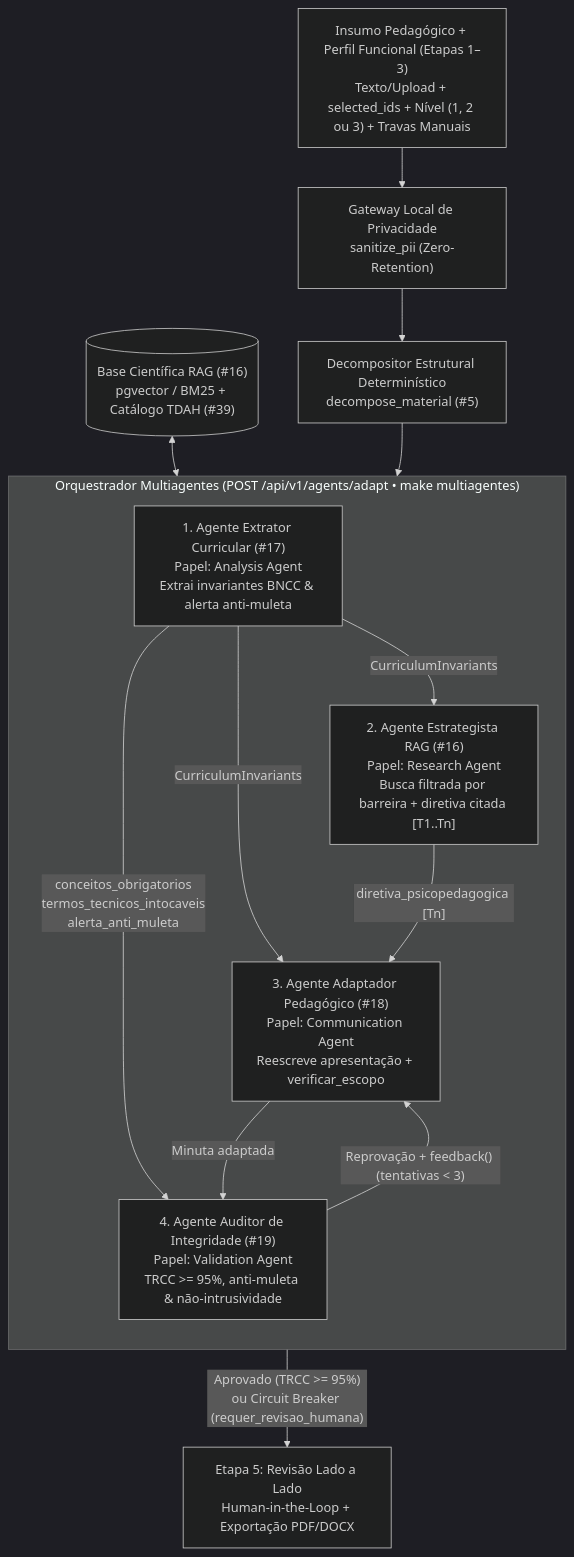
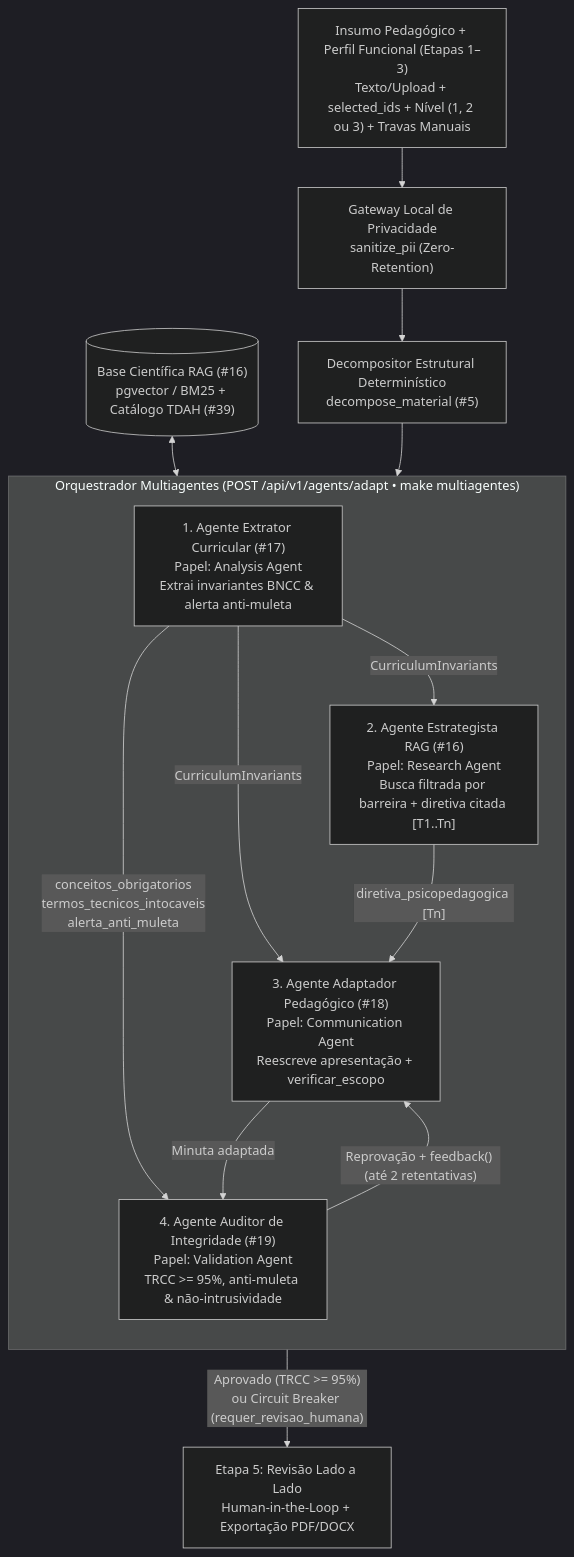
Before and after one commit to challenge-2-residencia-ia-grupo-3/Iris: the first of 2 diagrams in docs/sistema_multiagentes.md, drawn with Mermaid (dark theme). The commit also changed other lines of this file and 4 other files, not shown here.

Commit message:
docs(multiagentes): entrega semana 4 em PDF, diagramas SVG e links corrigidos

````diff
--- a/docs/sistema_multiagentes.md
+++ b/docs/sistema_multiagentes.md
@@ -16,25 +18,25 @@
 ```mermaid
 flowchart TD
     In["Insumo Pedagógico + Perfil Funcional (Etapas 1–3)<br/>Texto/Upload + selected_ids + Nível (1, 2 ou 3) + Travas Manuais"] --> PII["Gateway Local de Privacidade<br/>sanitize_pii (Zero-Retention)"]
     PII --> Dec["Decompositor Estrutural Determinístico<br/>decompose_material (#5)"]
 
     subgraph Orquestrador["Orquestrador Multiagentes (POST /api/v1/agents/adapt • make multiagentes)"]
         direction TB
         Ag1["1. Agente Extrator Curricular (#17)<br/>Papel: Analysis Agent<br/>Extrai invariantes BNCC & alerta anti-muleta"]
         Ag2["2. Agente Estrategista RAG (#16)<br/>Papel: Research Agent<br/>Busca filtrada por barreira + diretiva citada [T1..Tn]"]
         Ag3["3. Agente Adaptador Pedagógico (#18)<br/>Papel: Communication Agent<br/>Reescreve apresentação + verificar_escopo"]
         Ag4["4. Agente Auditor de Integridade (#19)<br/>Papel: Validation Agent<br/>TRCC >= 95%, anti-muleta & não-intrusividade"]
 
         Ag1 -- "CurriculumInvariants" --> Ag2
         Ag1 -- "CurriculumInvariants" --> Ag3
         Ag1 -- "conceitos_obrigatorios<br/>termos_tecnicos_intocaveis<br/>alerta_anti_muleta" --> Ag4
         Ag2 -- "diretiva_psicopedagogica [Tn]" --> Ag3
         Ag3 -- "Minuta adaptada" --> Ag4
-        Ag4 -- "Reprovação + feedback() (tentativas < 3)" --> Ag3
+        Ag4 -- "Reprovação + feedback() (até 2 retentativas)" --> Ag3
     end
 
     KB[("Base Científica RAG (#16)<br/>pgvector / BM25 + Catálogo TDAH (#39)")] <--> Ag2
 
     Dec --> Ag1
     Ag4 -- "Aprovado (TRCC >= 95%)<br/>ou Circuit Breaker (requer_revisao_humana)" --> Out["Etapa 5: Revisão Lado a Lado<br/>Human-in-the-Loop + Exportação PDF/DOCX"]
 ```
````
